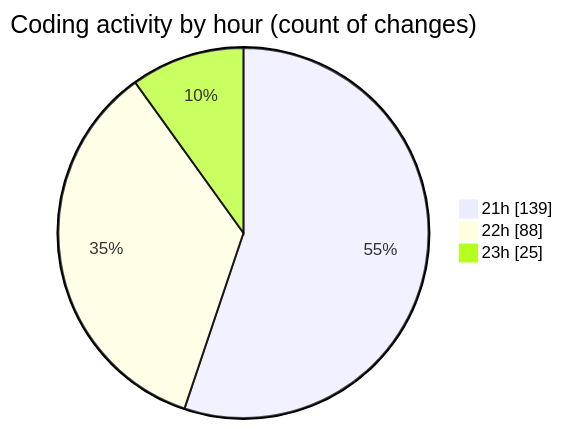
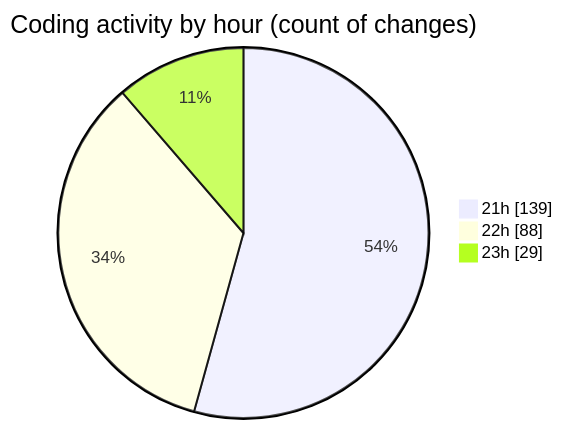
The second of 2 diagrams in 2025-08-03/javascript/README.md (Ritupan-Deka/code-tracking), drawn with Mermaid before and after one commit. The commit also changed other lines of this file and 1 other file, not shown here.

````diff
--- a/2025-08-03/javascript/README.md
+++ b/2025-08-03/javascript/README.md
@@ -33,7 +34,7 @@
 ```mermaid
 pie showData
 title Coding activity by hour (count of changes)
 "21h" : 139
 "22h" : 88
-"23h" : 25
+"23h" : 29
 ```
````
